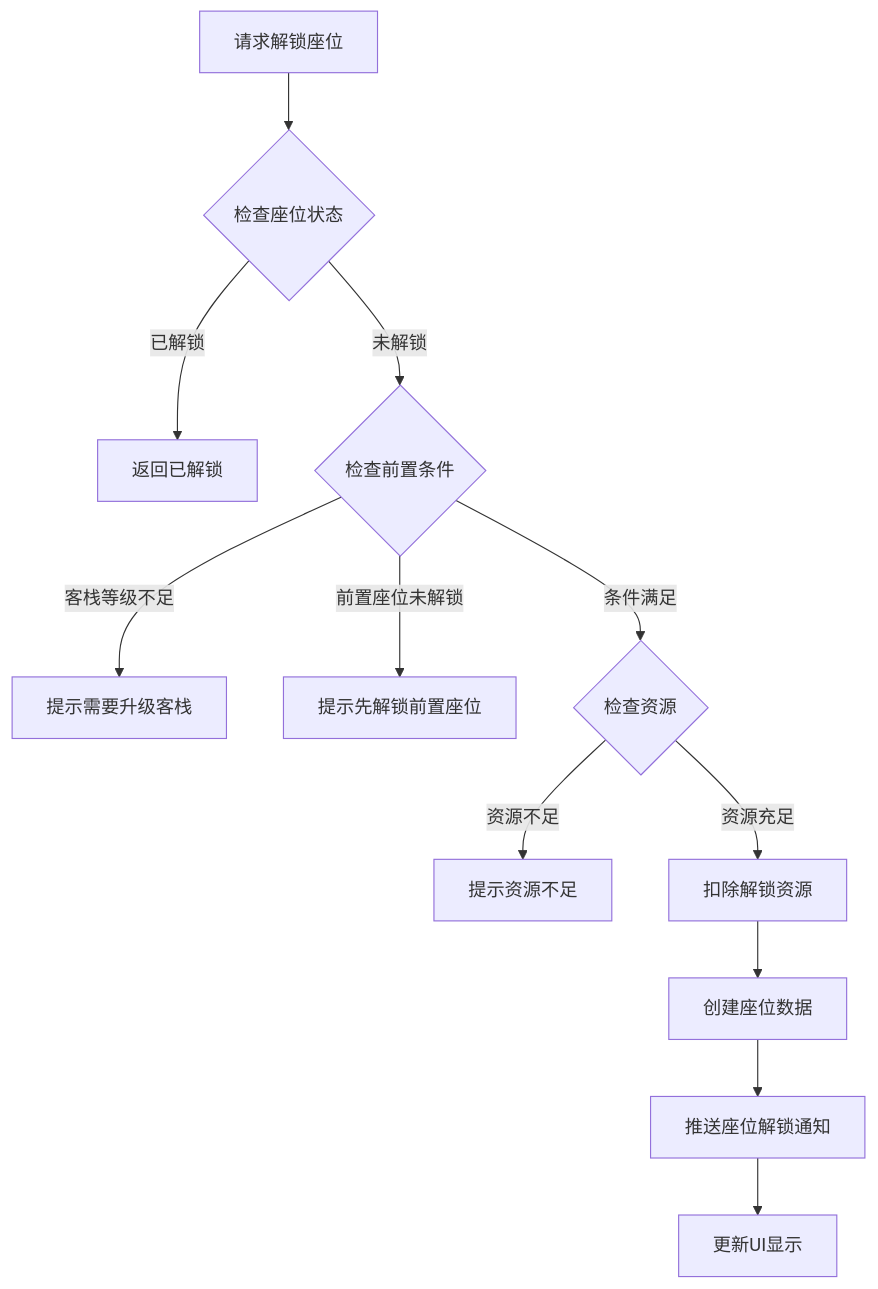
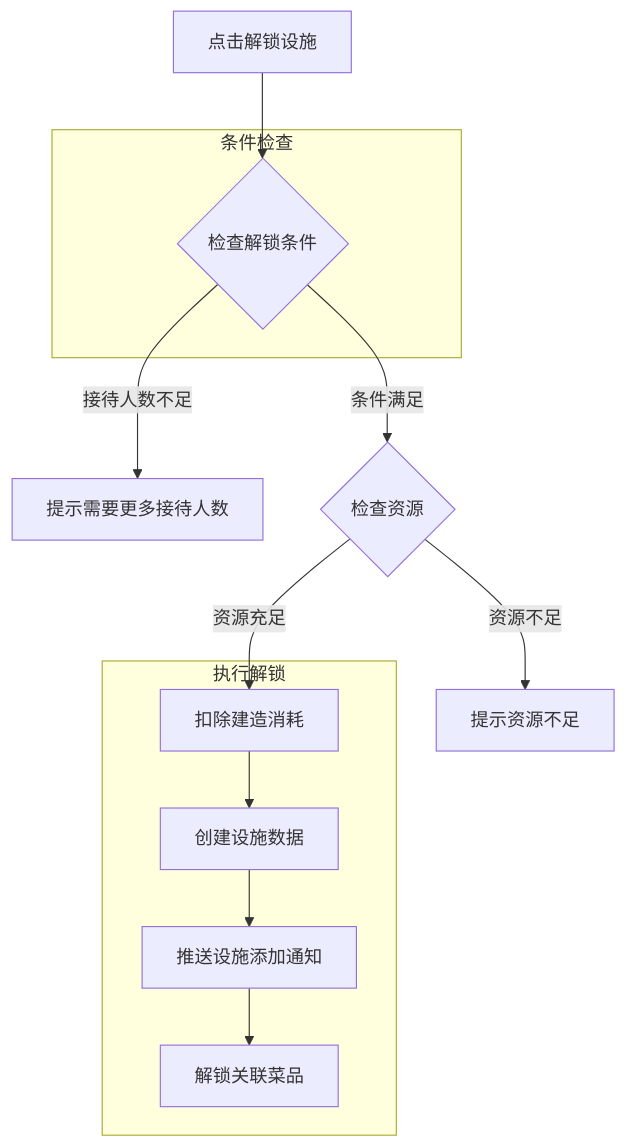
The second of 5 diagrams in docs/Module_Inn/05_完整说明.md (Alan-Ben/k2c_game_framework), drawn with Mermaid before and after one commit. The commit also changed other lines of this file and 13 other files, not shown here.

````diff
--- a/docs/Module_Inn/05_完整说明.md
+++ b/docs/Module_Inn/05_完整说明.md
@@ -116,14 +116,22 @@
 ```mermaid
 flowchart TD
-    A[请求解锁座位] --> B{检查座位状态}
-    B -->|已解锁| C[返回已解锁]
-    B -->|未解锁| D{检查前置条件}
-    D -->|客栈等级不足| E[提示需要升级客栈]
-    D -->|前置座位未解锁| F[提示先解锁前置座位]
-    D -->|条件满足| G{检查资源}
-    G -->|资源不足| H[提示资源不足]
-    G -->|资源充足| I[扣除解锁资源]
-    I --> J[创建座位数据]
-    J --> K[推送座位解锁通知]
-    K --> L[更新UI显示]
+    A[点击解锁设施] --> B{检查解锁条件}
+    B -->|接待人数不足| C[提示需要更多接待人数]
+    B -->|条件满足| D{检查资源}
+    D -->|资源不足| E[提示资源不足]
+    D -->|资源充足| F[扣除建造消耗]
+    F --> G[创建设施数据]
+    G --> H[推送设施添加通知]
+    H --> I[解锁关联菜品]
+
+    subgraph 条件检查
+        B
+    end
+
+    subgraph 执行解锁
+        F
+        G
+        H
+        I
+    end
 ```
````
